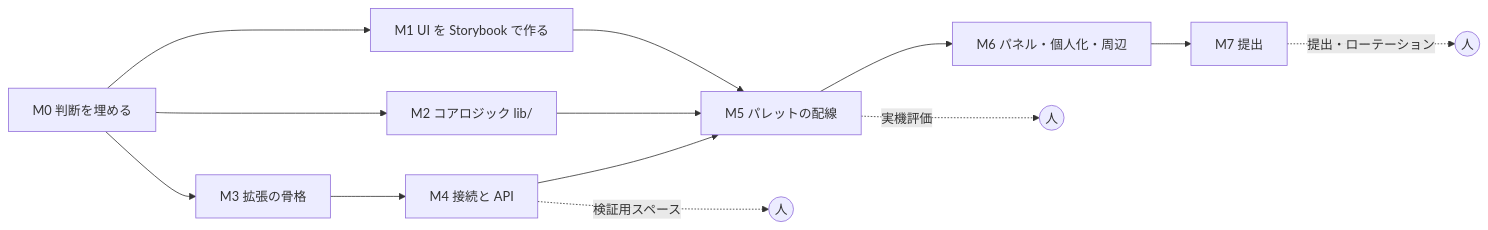
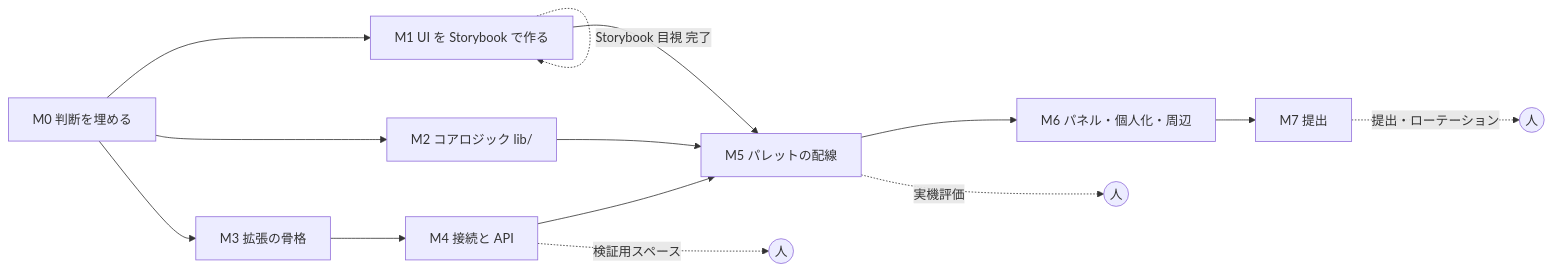
The diagram in docs/requirements/milestones.md (simochee/backlog-palette), drawn with Mermaid before and after one commit. The commit also changed other lines of this file and 2 other files, not shown here.

````diff
--- a/docs/requirements/milestones.md
+++ b/docs/requirements/milestones.md
@@ -16,15 +16,16 @@
 ```mermaid
 flowchart LR
   M0[M0 判断を埋める] --> M1[M1 UI を Storybook で作る]
   M0 --> M2[M2 コアロジック lib/]
   M0 --> M3[M3 拡張の骨格]
   M3 --> M4[M4 接続と API]
   M1 --> M5[M5 パレットの配線]
   M2 --> M5
   M4 --> M5
   M5 --> M6[M6 パネル・個人化・周辺]
   M6 --> M7[M7 提出]
   M4 -. 検証用スペース .-> H1((人))
+  M1 -. Storybook 目視 完了 .-> M1
   M5 -. 実機評価 .-> H2((人))
   M7 -. 提出・ローテーション .-> H3((人))
 ```
````
